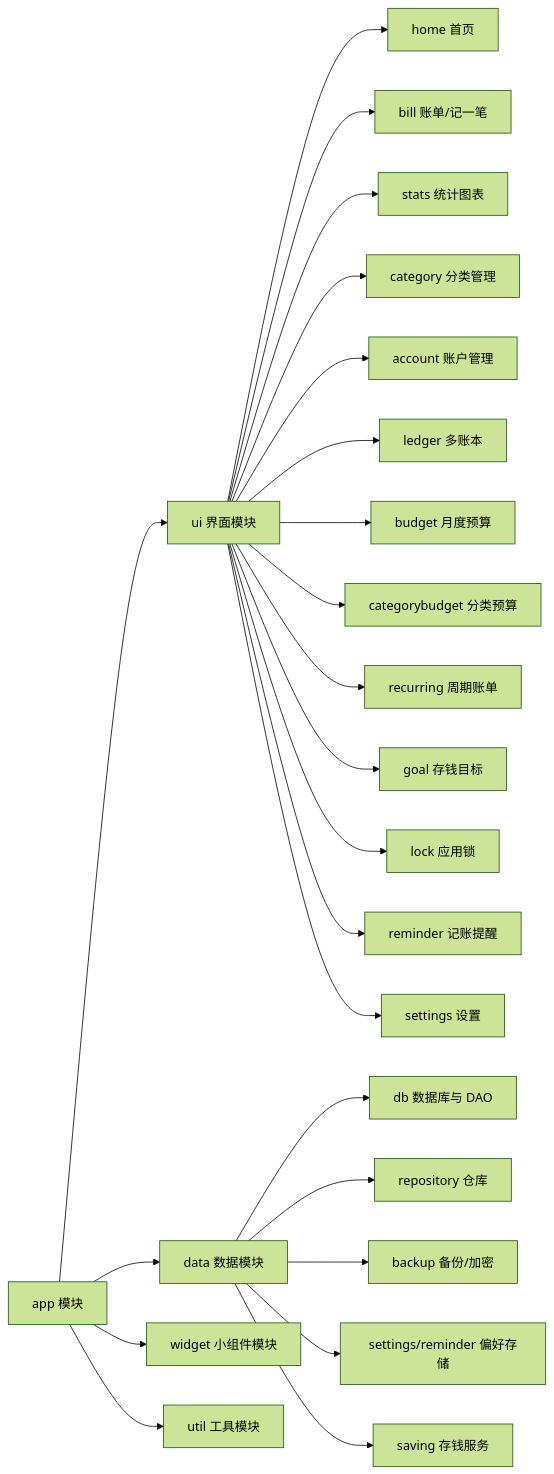
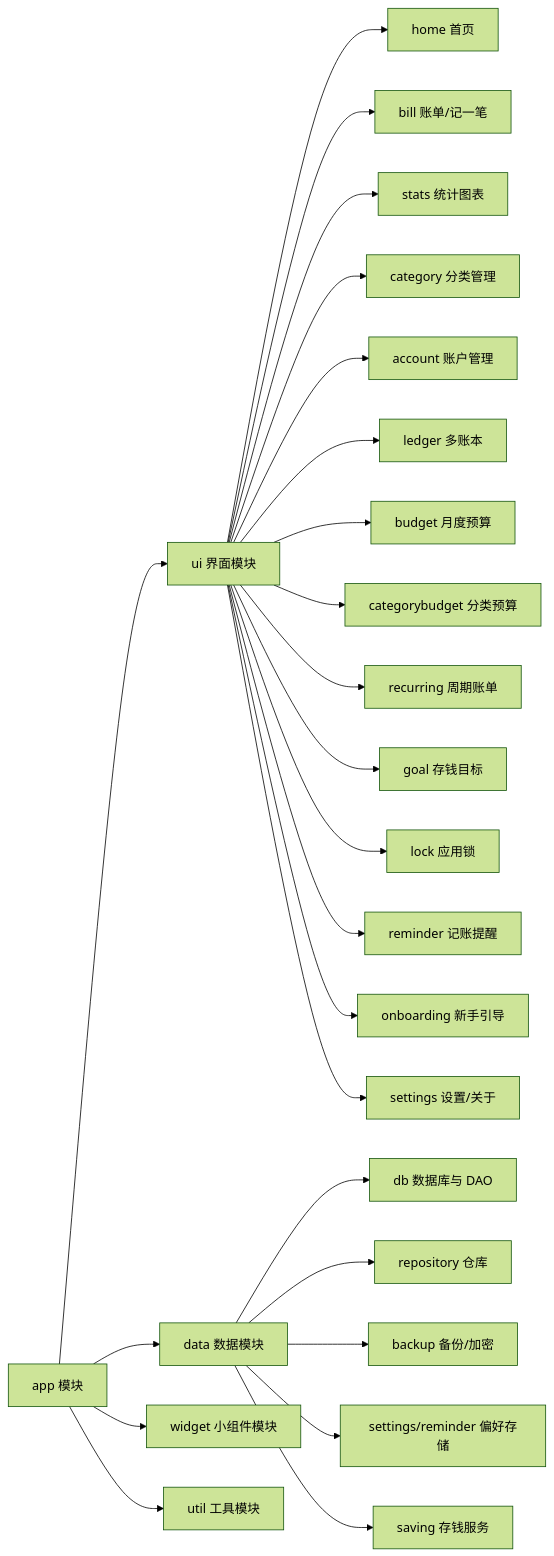
Before and after one commit to AndersOnLin4/moneybook: the second of 3 diagrams in docs/02-系统架构.md, drawn with Mermaid (forest theme). The commit also changed other lines of this file and 4 other files, not shown here.

````diff
--- a/docs/02-系统架构.md
+++ b/docs/02-系统架构.md
@@ -48,25 +50,26 @@
 ```mermaid
 graph LR
     App[app 模块] --> UI[ui 界面模块]
     App --> Data[data 数据模块]
     App --> Widget[widget 小组件模块]
     App --> Util[util 工具模块]
     UI --> Home[home 首页]
     UI --> Bill[bill 账单/记一笔]
     UI --> Stats[stats 统计图表]
     UI --> Category[category 分类管理]
     UI --> Account[account 账户管理]
     UI --> Ledger[ledger 多账本]
     UI --> Budget[budget 月度预算]
     UI --> CatBudget[categorybudget 分类预算]
     UI --> Recurring[recurring 周期账单]
     UI --> Goal[goal 存钱目标]
     UI --> Lock[lock 应用锁]
     UI --> Reminder[reminder 记账提醒]
-    UI --> Settings[settings 设置]
+    UI --> Onboarding[onboarding 新手引导]
+    UI --> Settings[settings 设置/关于]
     Data --> DB[db 数据库与 DAO]
     Data --> Repo[repository 仓库]
     Data --> Backup[backup 备份/加密]
     Data --> Prefs[settings/reminder 偏好存储]
     Data --> Saving[saving 存钱服务]
 ```
````
